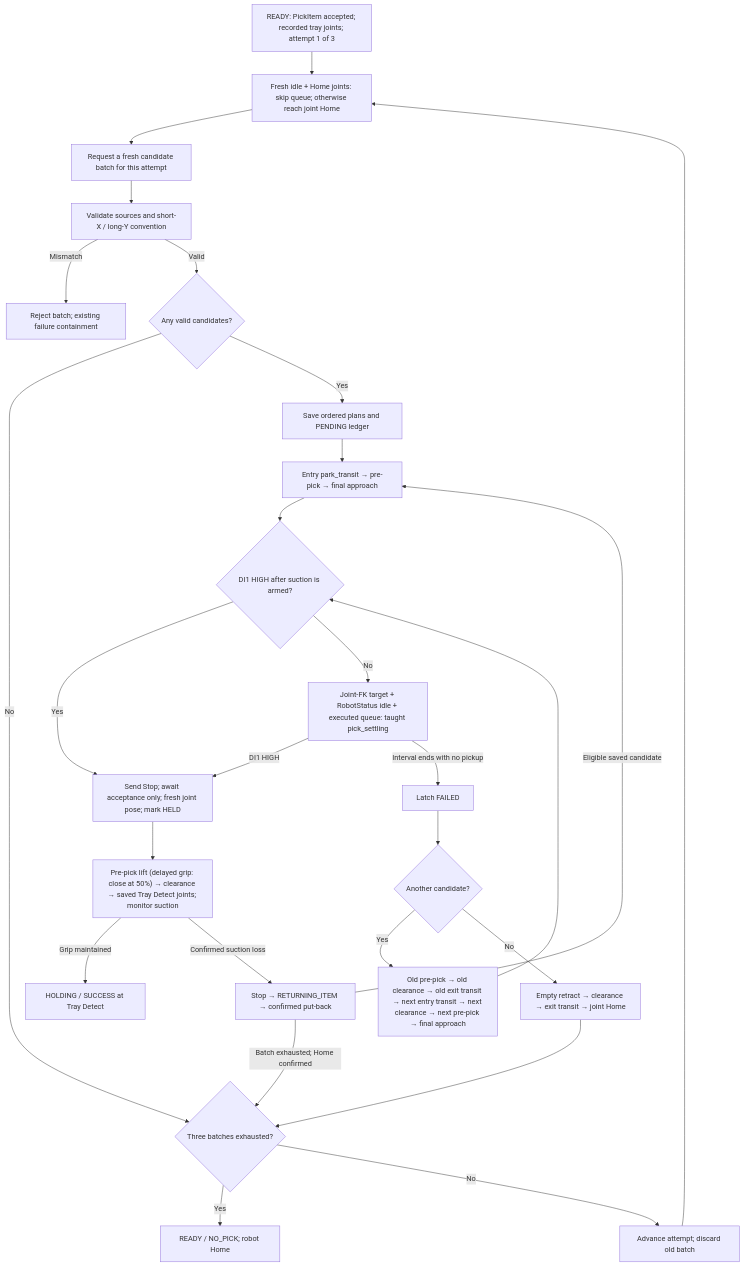
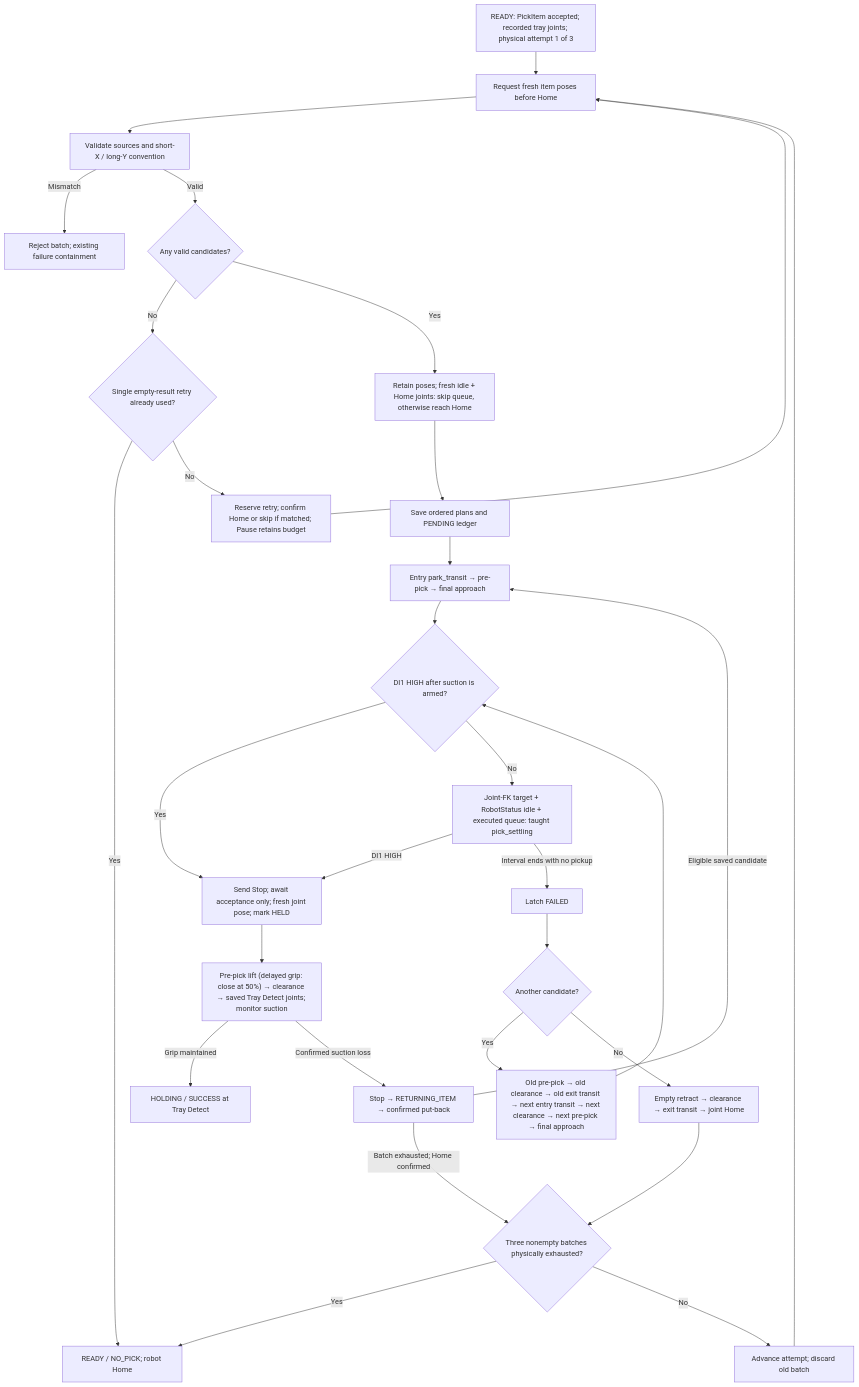
Before and after one commit to esgange/dobot_picknplace_yolo: the third of 9 diagrams in docs/ROBOT_CONTROLLER_FSM.md, drawn with Mermaid. The commit also changed other lines of this file and 10 other files, not shown here.

Commit message:
Acquire Pick poses before Home with one empty-result retry

````diff
--- a/docs/ROBOT_CONTROLLER_FSM.md
+++ b/docs/ROBOT_CONTROLLER_FSM.md
@@ -423,29 +434,33 @@
 ```mermaid
 flowchart TD
-    Request["READY: PickItem accepted; recorded tray joints; attempt 1 of 3"] --> Home["Fresh idle + Home joints: skip queue; otherwise reach joint Home"]
-    Home --> Detect["Request a fresh candidate batch for this attempt"]
+    Request["READY: PickItem accepted; recorded tray joints; physical attempt 1 of 3"] --> Detect["Request fresh item poses before Home"]
     Detect --> Validate["Validate sources and short-X / long-Y convention"]
     Validate -->|Mismatch| Reject["Reject batch; existing failure containment"]
     Validate -->|Valid| Any{"Any valid candidates?"}
-    Any -->|No| Limit{"Three batches exhausted?"}
-    Limit -->|Yes| Empty["READY / NO_PICK; robot Home"]
+    Any -->|No| EmptyBudget{"Single empty-result retry already used?"}
+    EmptyBudget -->|Yes| Empty["READY / NO_PICK; robot Home"]
+    EmptyBudget -->|No| RetryHome["Reserve retry; confirm Home or skip if matched; Pause retains budget"]
+    RetryHome --> Detect
+    Limit{"Three nonempty batches physically exhausted?"}
+    Limit -->|Yes| Empty
     Limit -->|No| Next["Advance attempt; discard old batch"]
-    Next --> Home
-    Any -->|Yes| Plan["Save ordered plans and PENDING ledger"]
+    Next --> Detect
+    Any -->|Yes| Home["Retain poses; fresh idle + Home joints: skip queue, otherwise reach Home"]
+    Home --> Plan["Save ordered plans and PENDING ledger"]
     Plan --> Entry["Entry park_transit → pre-pick → final approach"]
     Entry --> Sense{"DI1 HIGH after suction is armed?"}
     Sense -->|Yes| Acquire["Send Stop; await acceptance only; fresh joint pose; mark HELD"]
     Sense -->|No| Settle["Joint-FK target + RobotStatus idle + executed queue: taught pick_settling"]
     Settle -->|DI1 HIGH| Acquire
     Settle -->|Interval ends with no pickup| Miss["Latch FAILED"]
     Acquire --> HeldReturn["Pre-pick lift (delayed grip: close at 50%) → clearance → saved Tray Detect joints; monitor suction"]
     HeldReturn -->|Grip maintained| Success["HOLDING / SUCCESS at Tray Detect"]
     HeldReturn -->|Confirmed suction loss| PutBack["Stop → RETURNING_ITEM → confirmed put-back"]
     PutBack -->|Eligible saved candidate| Entry
     PutBack -->|Batch exhausted; Home confirmed| Limit
     Miss --> More{"Another candidate?"}
     More -->|Yes| Retry["Old pre-pick → old clearance → old exit transit → next entry transit → next clearance → next pre-pick → final approach"]
     Retry --> Sense
     More -->|No| Exhausted["Empty retract → clearance → exit transit → joint Home"]
     Exhausted --> Limit
 ```
````
